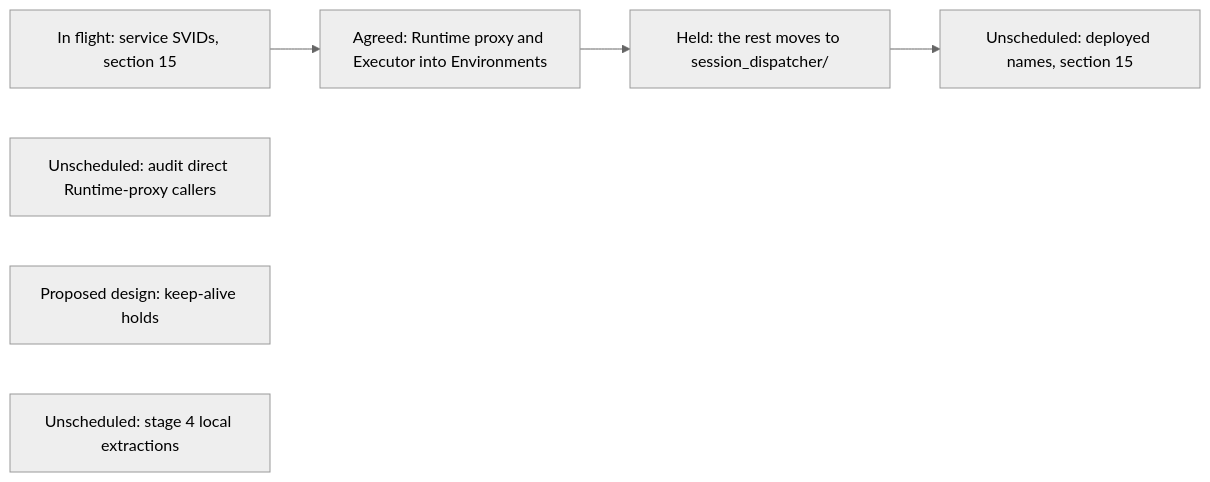
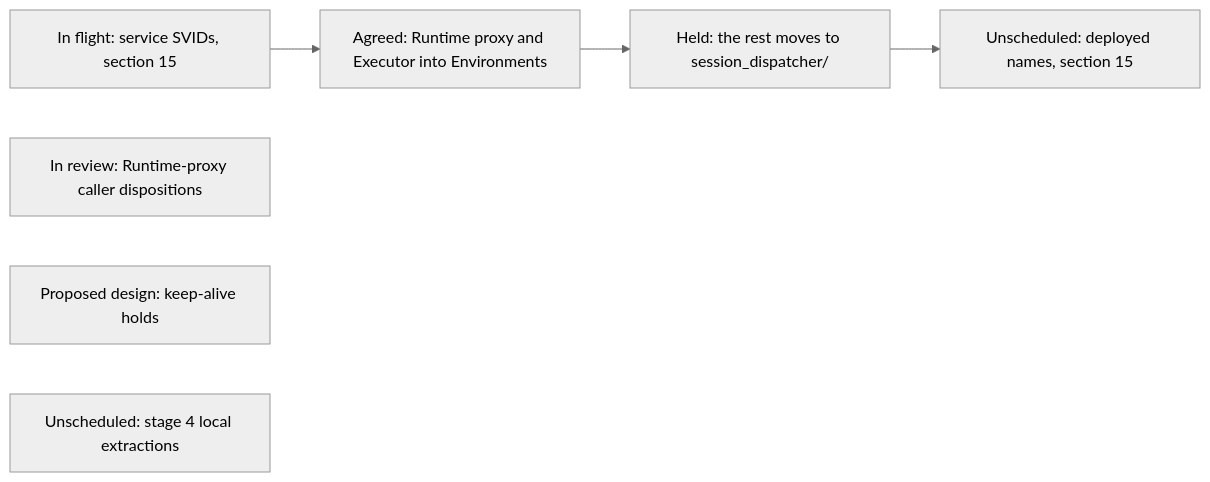
Before and after one commit to agentydragon/ducktape: diagram 21 of 21 in agentplane/plans/task_dag.md, drawn with Mermaid (neutral theme). The commit also changed other lines of this file and 2 other files, not shown here.

Commit message:
docs: audit Runtime proxy callers and propose privileged boundary

````diff
--- a/agentplane/plans/task_dag.md
+++ b/agentplane/plans/task_dag.md
@@ -3996,13 +3996,13 @@
 ```mermaid
 flowchart LR
     PRIVILEGED_BACKEND_AUTH_DESIGN[In flight: service SVIDs, section 15]
-    RUNTIME_PROXY_CALLER_AUDIT[Unscheduled: audit direct Runtime-proxy callers]
+    RUNTIME_PROXY_CALLER_AUDIT[In review: Runtime-proxy caller dispositions]
     RUNTIME_PROXY_TO_ENVIRONMENTS[Agreed: Runtime proxy and Executor into Environments]
     SESSIONS_BINARY_DIRECTORY[Held: the rest moves to session_dispatcher/]
     ENVIRONMENT_KEEP_ALIVE_HOLDS[Proposed design: keep-alive holds]
     GO_LOCAL_EXTRACTIONS[Unscheduled: stage 4 local extractions]
     RUNNER_GATEWAY_RENAME[Unscheduled: deployed names, section 15]
     PRIVILEGED_BACKEND_AUTH_DESIGN --> RUNTIME_PROXY_TO_ENVIRONMENTS
     RUNTIME_PROXY_TO_ENVIRONMENTS --> SESSIONS_BINARY_DIRECTORY
     SESSIONS_BINARY_DIRECTORY --> RUNNER_GATEWAY_RENAME
 ```
````
